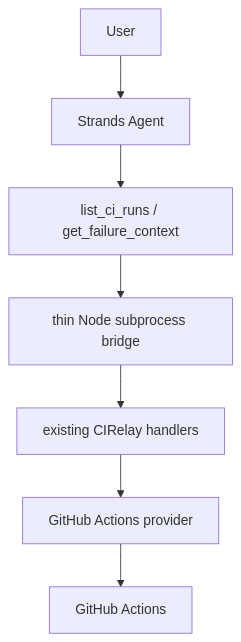
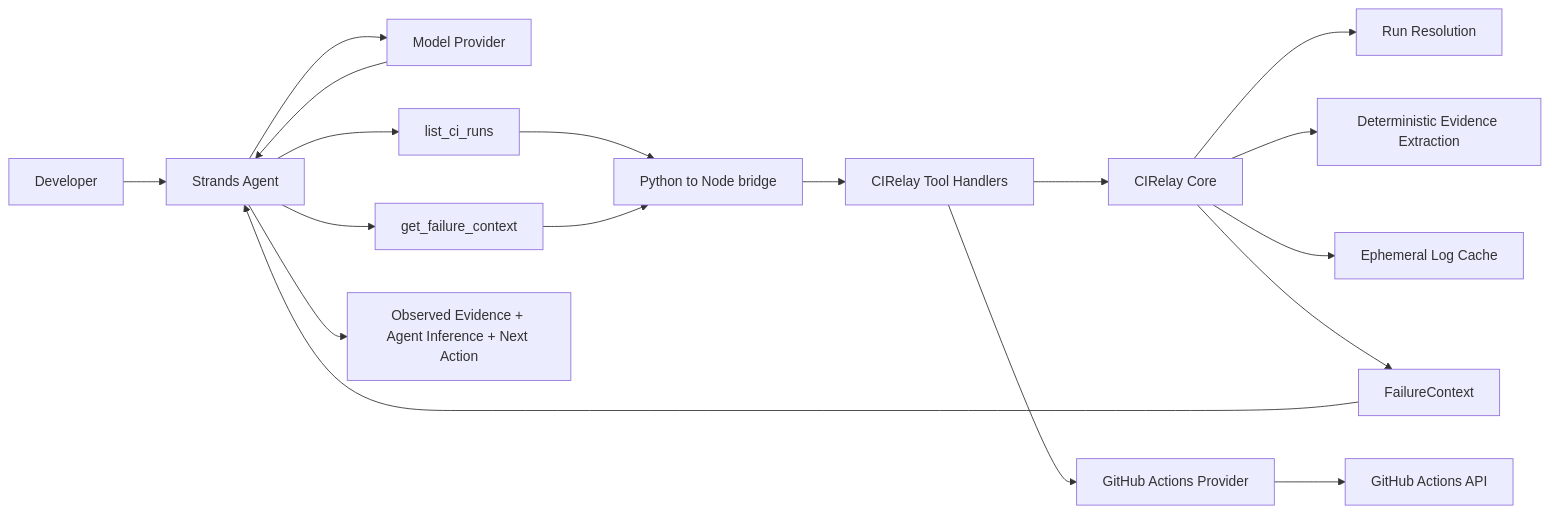
One commit to WaterMelonKnight/CIRelay changed the diagram in docs/agents-for-humans.md. Above: the diagram before and after it, drawn with Mermaid. The commit also changed other lines of this file and 1 other file, not shown here.

````diff
--- a/docs/agents-for-humans.md
+++ b/docs/agents-for-humans.md
@@ -11,9 +44,20 @@
 ```mermaid
-flowchart TD
-  U[User] --> A[Strands Agent]
-  A --> T[list_ci_runs / get_failure_context]
-  T --> B[thin Node subprocess bridge]
-  B --> H[existing CIRelay handlers]
-  H --> G[GitHub Actions provider]
-  G --> GH[GitHub Actions]
+flowchart LR
+    U[Developer] --> A[Strands Agent]
+    A --> M[Model Provider]
+    M --> A
+    A --> T1[list_ci_runs]
+    A --> T2[get_failure_context]
+    T1 --> B[Python to Node bridge]
+    T2 --> B
+    B --> H[CIRelay Tool Handlers]
+    H --> C[CIRelay Core]
+    C --> R[Run Resolution]
+    C --> E[Deterministic Evidence Extraction]
+    C --> L[Ephemeral Log Cache]
+    H --> G[GitHub Actions Provider]
+    G --> GH[GitHub Actions API]
+    C --> F[FailureContext]
+    F --> A
+    A --> O[Observed Evidence + Agent Inference + Next Action]
 ```
````
